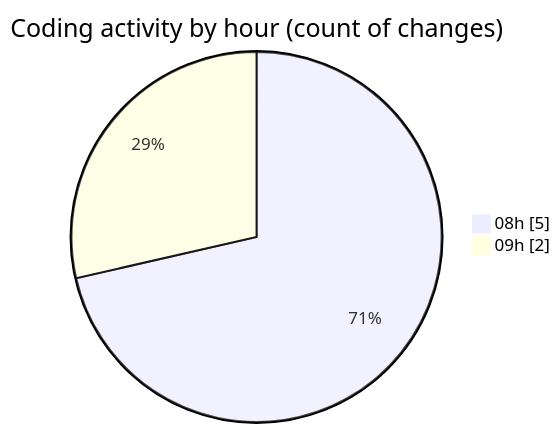
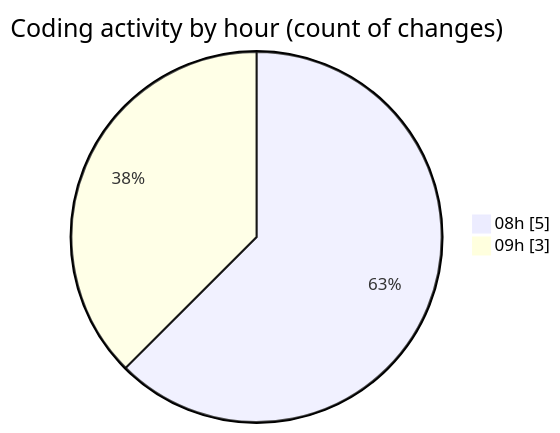
Before and after one commit to EIIisD/code-tracking: the second of 2 diagrams in 2025-08-12/fish/README.md, drawn with Mermaid. The commit also changed other lines of this file and 1 other file, not shown here.

````diff
--- a/2025-08-12/fish/README.md
+++ b/2025-08-12/fish/README.md
@@ -28,6 +28,6 @@
 ```mermaid
 pie showData
 title Coding activity by hour (count of changes)
 "08h" : 5
-"09h" : 2
+"09h" : 3
 ```
````
